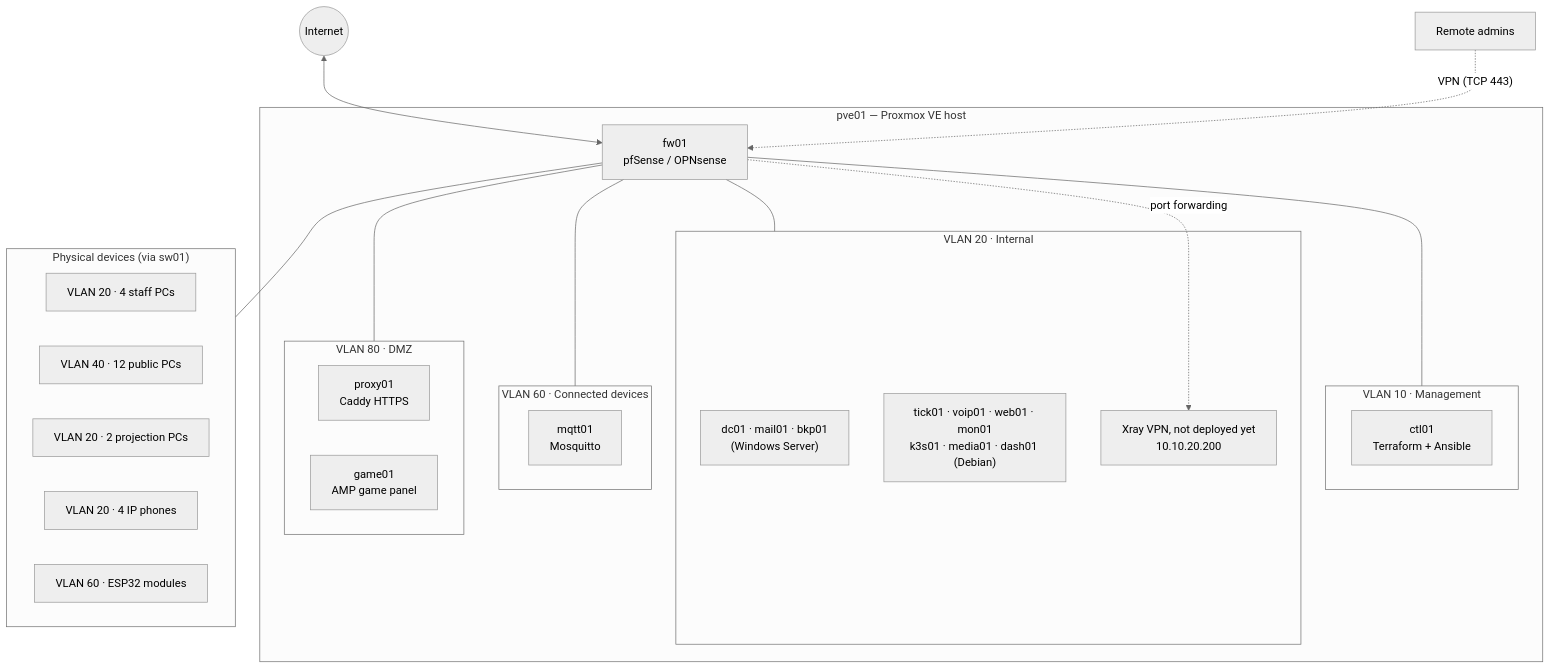
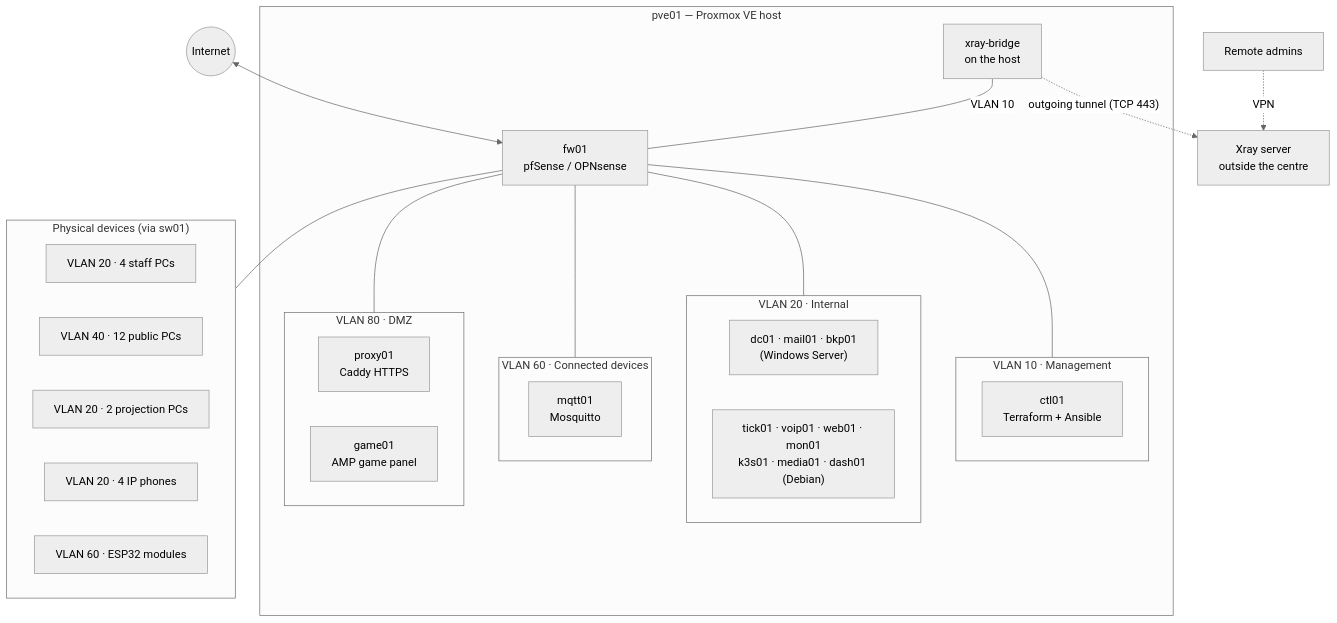
One commit to Keystone-Core/entertainment-center-infra changed the diagram in README.md. Above: the diagram before and after it, drawn with Mermaid (neutral theme). The commit also changed other lines of this file, not shown here.

First line of the commit message:
docs(readme): update the status to November 20 and show the Xray VPN in service

````diff
--- a/README.md
+++ b/README.md
@@ -20,38 +20,40 @@
 ```mermaid
 flowchart TB
     internet((Internet))
     admins[Remote admins]
+    portal[Xray server<br>outside the centre]
 
     subgraph pve01["pve01 — Proxmox VE host"]
+        bridge[xray-bridge<br>on the host]
         fw01["fw01<br>pfSense / OPNsense"]
         subgraph mgmt["VLAN 10 · Management"]
             ctl01[ctl01<br>Terraform + Ansible]
         end
         subgraph srv["VLAN 20 · Internal"]
             win["dc01 · mail01 · bkp01<br>(Windows Server)"]
             lin["tick01 · voip01 · web01 · mon01<br>k3s01 · media01 · dash01 (Debian)"]
-            vpn[Xray VPN, not deployed yet<br>10.10.20.200]
         end
         subgraph iot["VLAN 60 · Connected devices"]
             mqtt01[mqtt01<br>Mosquitto]
         end
         subgraph dmz["VLAN 80 · DMZ"]
             proxy01[proxy01<br>Caddy HTTPS]
             game01[game01<br>AMP game panel]
         end
     end
 
     subgraph lan["Physical devices (via sw01)"]
         staff[VLAN 20 · 4 staff PCs]
         pub[VLAN 40 · 12 public PCs]
         rooms[VLAN 20 · 2 projection PCs]
         phones[VLAN 20 · 4 IP phones]
         esp[VLAN 60 · ESP32 modules]
     end
 
     internet <--> fw01
-    admins -. "VPN (TCP 443)" .-> fw01
-    fw01 -. port forwarding .-> vpn
+    admins -. VPN .-> portal
+    bridge -. "outgoing tunnel (TCP 443)" .-> portal
+    bridge -- "VLAN 10" --- fw01
     fw01 --- mgmt & srv & iot & dmz
     fw01 --- lan
 ```
````
